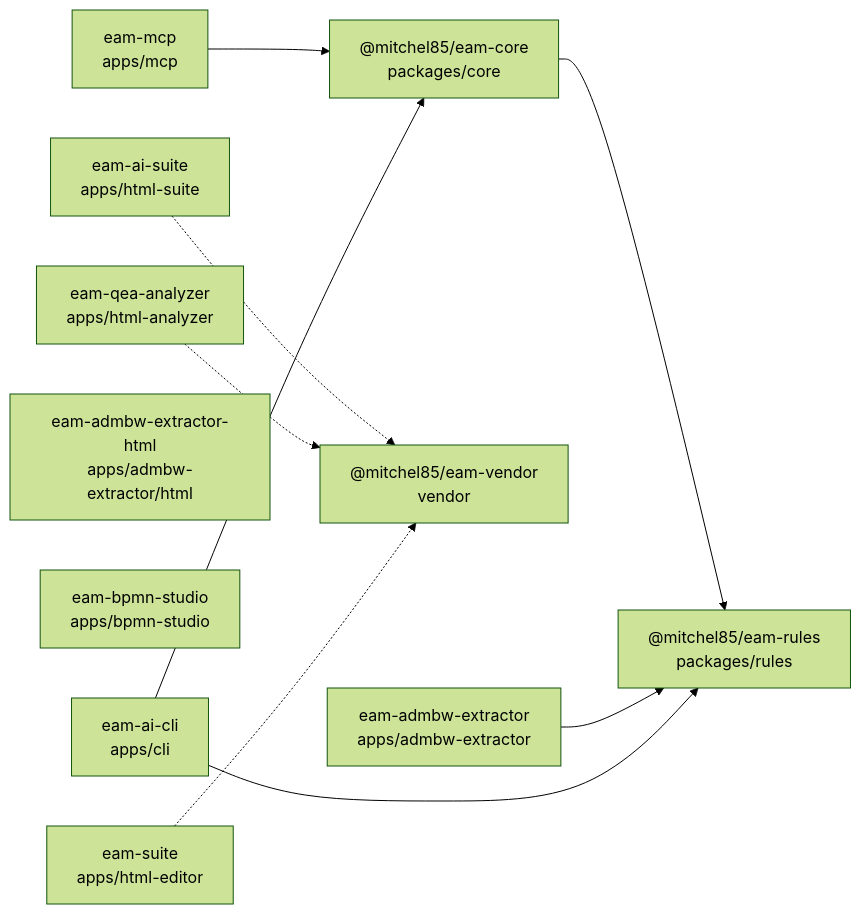
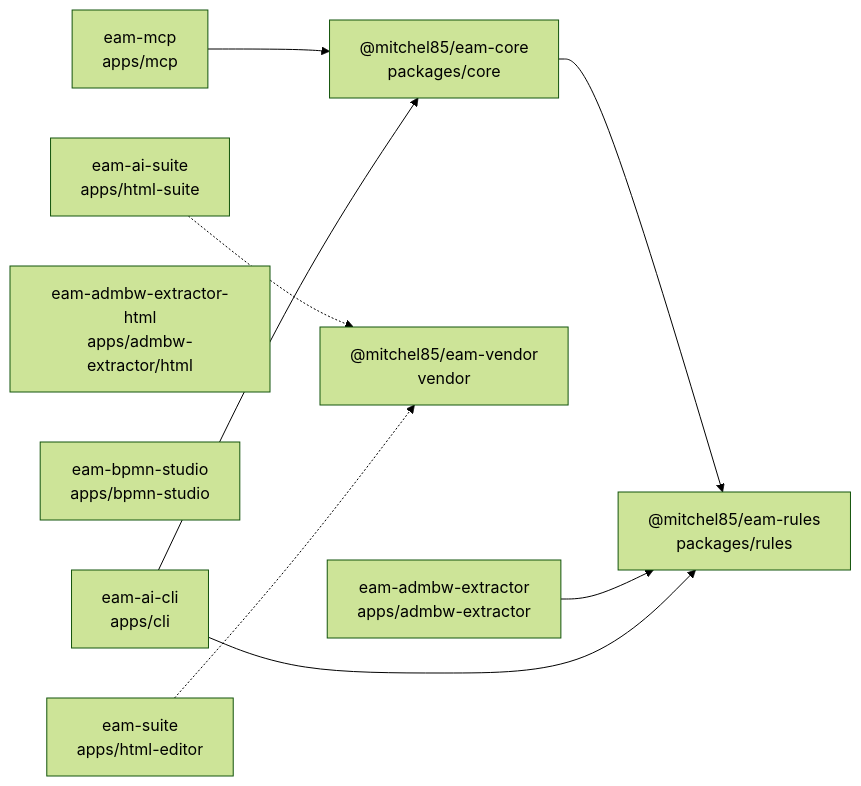
One commit to Mitchel85/EAM-Toolfamilie changed the diagram in docs/ABHAENGIGKEITEN.md. Above: the diagram before and after it, drawn with Mermaid (forest theme). The commit also changed other lines of this file and 30 other files, not shown here.

First line of the commit message:
HTML-Variante des EAM Analyzers endgueltig entfernt

````diff
--- a/docs/ABHAENGIGKEITEN.md
+++ b/docs/ABHAENGIGKEITEN.md
@@ -9,22 +9,20 @@
 ```mermaid
 flowchart LR
   z0["@mitchel85/eam-rules<br/>packages/rules"]
   z1["@mitchel85/eam-core<br/>packages/core"]
   z2["@mitchel85/eam-vendor<br/>vendor"]
   z3["eam-ai-suite<br/>apps/html-suite"]
-  z4["eam-qea-analyzer<br/>apps/html-analyzer"]
-  z5["eam-suite<br/>apps/html-editor"]
-  z6["eam-admbw-extractor-html<br/>apps/admbw-extractor/html"]
-  z7["eam-bpmn-studio<br/>apps/bpmn-studio"]
-  z8["eam-mcp<br/>apps/mcp"]
-  z9["eam-admbw-extractor<br/>apps/admbw-extractor"]
-  z10["eam-ai-cli<br/>apps/cli"]
+  z4["eam-suite<br/>apps/html-editor"]
+  z5["eam-admbw-extractor-html<br/>apps/admbw-extractor/html"]
+  z6["eam-bpmn-studio<br/>apps/bpmn-studio"]
+  z7["eam-mcp<br/>apps/mcp"]
+  z8["eam-admbw-extractor<br/>apps/admbw-extractor"]
+  z9["eam-ai-cli<br/>apps/cli"]
   z1 --> z0
   z3 -.-> z2
   z4 -.-> z2
-  z5 -.-> z2
-  z8 --> z1
+  z7 --> z1
+  z8 --> z0
+  z9 --> z1
   z9 --> z0
-  z10 --> z1
-  z10 --> z0
 ```
````
